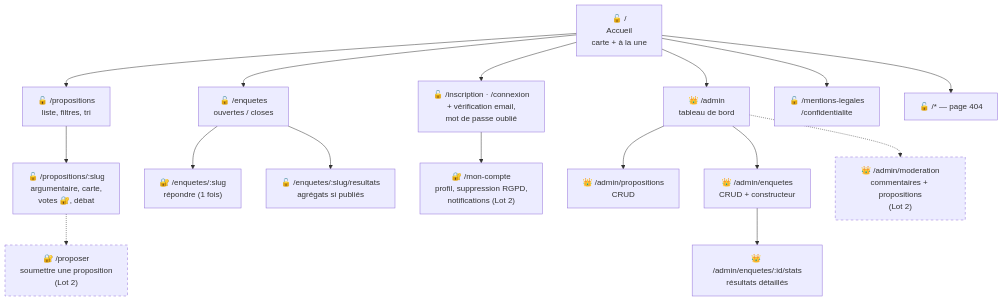
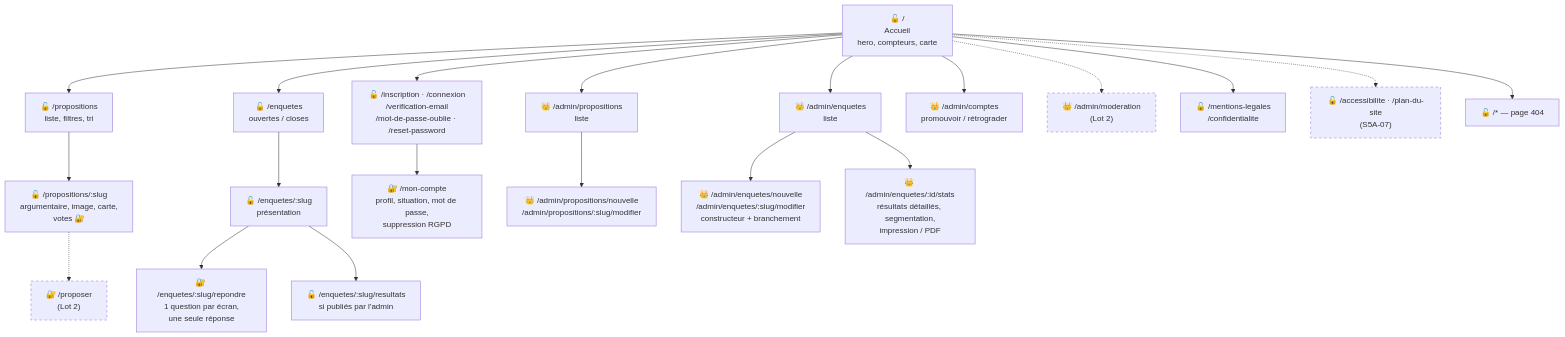
The diagram in 14-sitemap.md (Nathalie-Leduc/Senlis-Participatif-docs), drawn with Mermaid before and after one commit. The commit also changed other lines of this file and 28 other files, not shown here.

````diff
--- a/14-sitemap.md
+++ b/14-sitemap.md
@@ -5,26 +7,30 @@
 ```mermaid
 flowchart TD
-    HOME["🔓 / <br/>Accueil<br/>carte + à la une"]
+    HOME["🔓 / <br/>Accueil<br/>hero, compteurs, carte"]
 
     HOME --> PROPS["🔓 /propositions<br/>liste, filtres, tri"]
-    PROPS --> PROP["🔓 /propositions/:slug<br/>argumentaire, carte,<br/>votes 🔐, débat"]
-    PROP -.-> PROPOSE["🔐 /proposer<br/>soumettre une proposition<br/>(Lot 2)"]:::lot2
+    PROPS --> PROP["🔓 /propositions/:slug<br/>argumentaire, image, carte,<br/>votes 🔐"]
+    PROP -.-> PROPOSE["🔐 /proposer<br/>(Lot 2)"]:::lot2
 
     HOME --> SURVEYS["🔓 /enquetes<br/>ouvertes / closes"]
-    SURVEYS --> SURVEY["🔐 /enquetes/:slug<br/>répondre (1 fois)"]
-    SURVEYS --> RESULTS["🔓 /enquetes/:slug/resultats<br/>agrégats si publiés"]
+    SURVEYS --> SURVEY["🔓 /enquetes/:slug<br/>présentation"]
+    SURVEY --> ANSWER["🔐 /enquetes/:slug/repondre<br/>1 question par écran,<br/>une seule réponse"]
+    SURVEY --> RESULTS["🔓 /enquetes/:slug/resultats<br/>si publiés par l'admin"]
 
-    HOME --> AUTH["🔓 /inscription · /connexion<br/>+ vérification email,<br/>mot de passe oublié"]
-    AUTH --> ACCOUNT["🔐 /mon-compte<br/>profil, suppression RGPD,<br/>notifications (Lot 2)"]
+    HOME --> AUTH["🔓 /inscription · /connexion<br/>/verification-email<br/>/mot-de-passe-oublie · /reset-password"]
+    AUTH --> ACCOUNT["🔐 /mon-compte<br/>profil, situation, mot de passe,<br/>suppression RGPD"]
 
-    HOME --> ADMIN["👑 /admin<br/>tableau de bord"]
-    ADMIN --> ADMP["👑 /admin/propositions<br/>CRUD"]
-    ADMIN --> ADME["👑 /admin/enquetes<br/>CRUD + constructeur"]
-    ADME --> ADMS["👑 /admin/enquetes/:id/stats<br/>résultats détaillés"]
-    ADMIN -.-> ADMM["👑 /admin/moderation<br/>commentaires + propositions<br/>(Lot 2)"]:::lot2
+    HOME --> ADMP["👑 /admin/propositions<br/>liste"]
+    ADMP --> ADMPF["👑 /admin/propositions/nouvelle<br/>/admin/propositions/:slug/modifier"]
+    HOME --> ADME["👑 /admin/enquetes<br/>liste"]
+    ADME --> ADMEF["👑 /admin/enquetes/nouvelle<br/>/admin/enquetes/:slug/modifier<br/>constructeur + branchement"]
+    ADME --> ADMS["👑 /admin/enquetes/:id/stats<br/>résultats détaillés, segmentation,<br/>impression / PDF"]
+    HOME --> ADMC["👑 /admin/comptes<br/>promouvoir / rétrograder"]
+    HOME -.-> ADMM["👑 /admin/moderation<br/>(Lot 2)"]:::lot2
 
     HOME --> LEGAL["🔓 /mentions-legales<br/>/confidentialite"]
+    HOME -.-> A11Y["🔓 /accessibilite · /plan-du-site<br/>(S5A-07)"]:::lot2
     HOME --> NF["🔓 /* — page 404"]
 
     classDef lot2 stroke-dasharray:5 5
 ```
````
